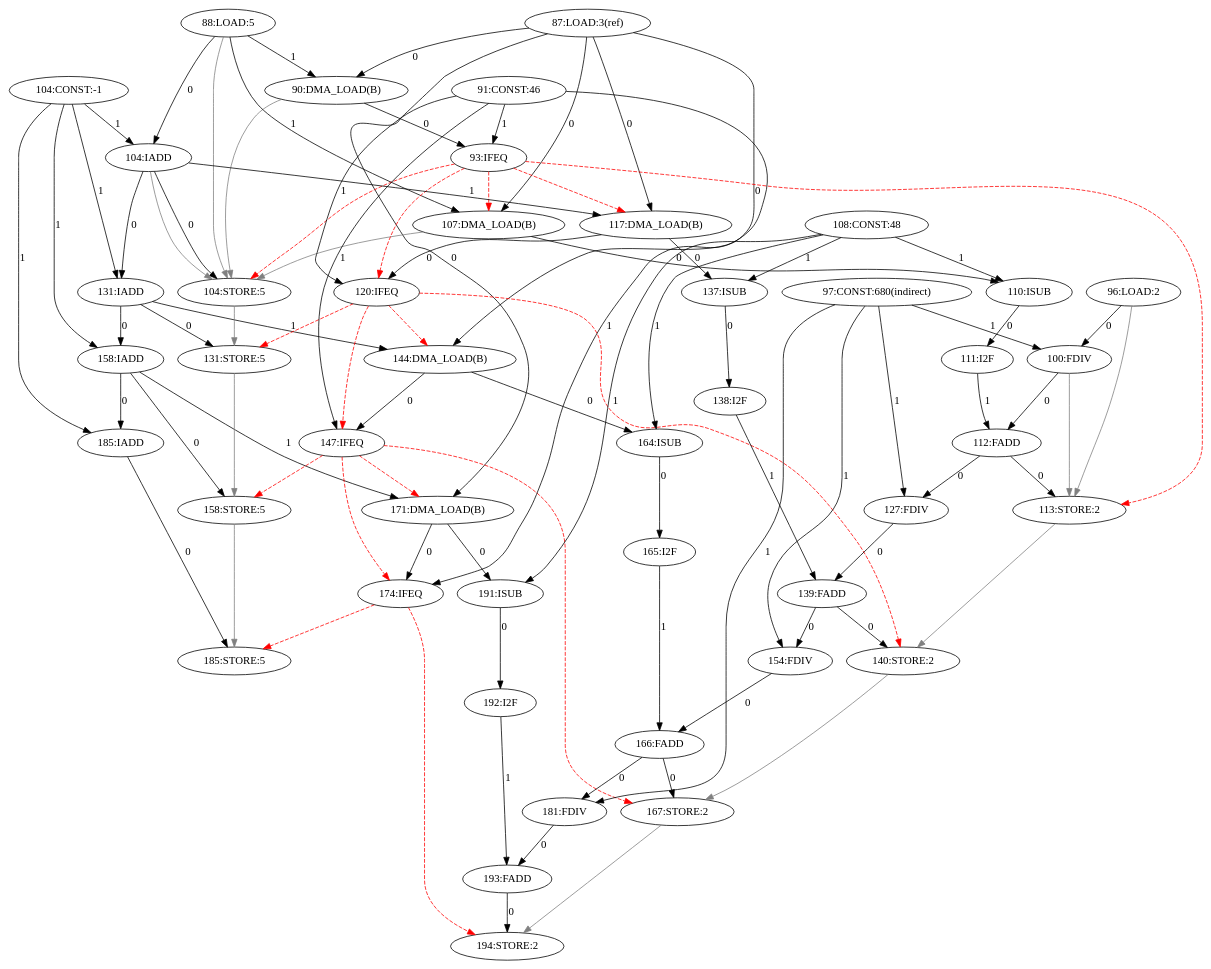
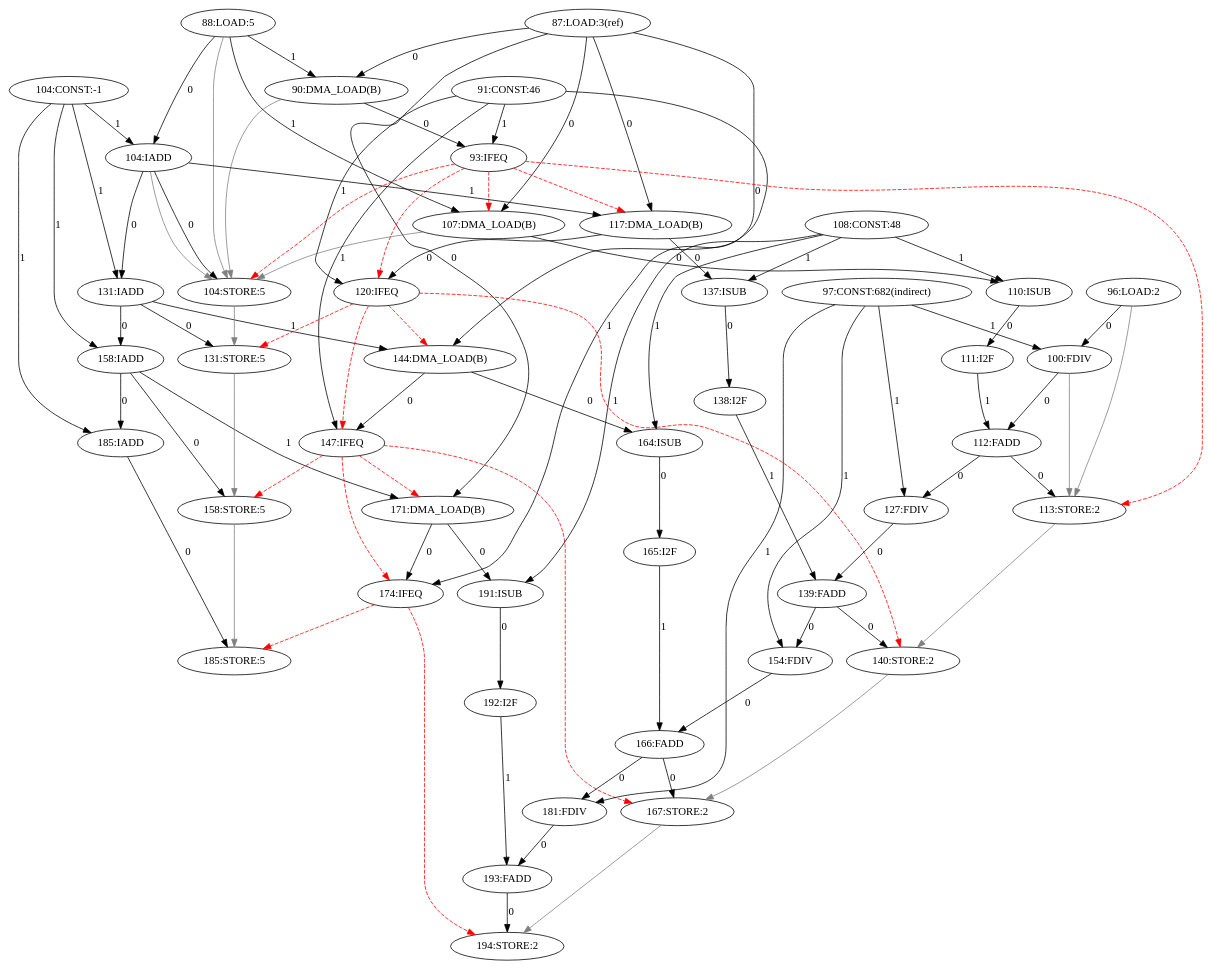
Before and after one commit to Ana-Borg/CGRA-Versuch: the diagram in amidar-sim2/Amidar/log/java.lang.Float.parseFloat(Ljava.lang.String;)F-87-198-CDFG.dot, drawn with Graphviz. The commit also changed 72 other files, not shown here.

```diff
--- a/amidar-sim2/Amidar/log/java.lang.Float.parseFloat(Ljava.lang.String;)F-87-198-CDFG.dot
+++ b/amidar-sim2/Amidar/log/java.lang.Float.parseFloat(Ljava.lang.String;)F-87-198-CDFG.dot
@@ -1,91 +1,91 @@
 digraph depgraph {
 "87:LOAD:3(ref)" -> "90:DMA_LOAD(B)"[label=0];
 "88:LOAD:5" -> "90:DMA_LOAD(B)"[label=1];
 "87:LOAD:3(ref)" -> "107:DMA_LOAD(B)"[label=0];
 "88:LOAD:5" -> "107:DMA_LOAD(B)"[label=1];
 "93:IFEQ" -> "107:DMA_LOAD(B)"[color=red,style=dashed];
 "87:LOAD:3(ref)" -> "117:DMA_LOAD(B)"[label=0];
 "104:IADD" -> "117:DMA_LOAD(B)"[label=1];
 "93:IFEQ" -> "117:DMA_LOAD(B)"[color=red,style=dashed];
 "87:LOAD:3(ref)" -> "144:DMA_LOAD(B)"[label=0];
 "131:IADD" -> "144:DMA_LOAD(B)"[label=1];
 "120:IFEQ" -> "144:DMA_LOAD(B)"[color=red,style=dashed];
 "87:LOAD:3(ref)" -> "171:DMA_LOAD(B)"[label=0];
 "158:IADD" -> "171:DMA_LOAD(B)"[label=1];
 "147:IFEQ" -> "171:DMA_LOAD(B)"[color=red,style=dashed];
 "104:IADD" -> "104:STORE:5"[label=0];
 "88:LOAD:5" -> "104:STORE:5"[color=gray];
 "90:DMA_LOAD(B)" -> "104:STORE:5"[color=gray];
 "93:IFEQ" -> "104:STORE:5"[color=red,style=dashed];
 "104:IADD" -> "104:STORE:5"[color=gray];
 "107:DMA_LOAD(B)" -> "104:STORE:5"[color=gray];
 "88:LOAD:5" -> "104:IADD"[label=0];
 "104:CONST:-1" -> "104:IADD"[label=1];
 "90:DMA_LOAD(B)" -> "93:IFEQ"[label=0];
 "91:CONST:46" -> "93:IFEQ"[label=1];
 "117:DMA_LOAD(B)" -> "120:IFEQ"[label=0];
 "91:CONST:46" -> "120:IFEQ"[label=1];
 "93:IFEQ" -> "120:IFEQ"[color=red,style=dashed];
 "144:DMA_LOAD(B)" -> "147:IFEQ"[label=0];
 "91:CONST:46" -> "147:IFEQ"[label=1];
 "120:IFEQ" -> "147:IFEQ"[color=red,style=dashed];
 "171:DMA_LOAD(B)" -> "174:IFEQ"[label=0];
 "91:CONST:46" -> "174:IFEQ"[label=1];
 "147:IFEQ" -> "174:IFEQ"[color=red,style=dashed];
 "112:FADD" -> "113:STORE:2"[label=0];
 "93:IFEQ" -> "113:STORE:2"[color=red,style=dashed];
 "96:LOAD:2" -> "113:STORE:2"[color=gray];
 "100:FDIV" -> "113:STORE:2"[color=gray];
 "96:LOAD:2" -> "100:FDIV"[label=0];
-"97:CONST:680(indirect)" -> "100:FDIV"[label=1];
+"97:CONST:682(indirect)" -> "100:FDIV"[label=1];
 "112:FADD" -> "127:FDIV"[label=0];
-"97:CONST:680(indirect)" -> "127:FDIV"[label=1];
+"97:CONST:682(indirect)" -> "127:FDIV"[label=1];
 "139:FADD" -> "154:FDIV"[label=0];
-"97:CONST:680(indirect)" -> "154:FDIV"[label=1];
+"97:CONST:682(indirect)" -> "154:FDIV"[label=1];
 "166:FADD" -> "181:FDIV"[label=0];
-"97:CONST:680(indirect)" -> "181:FDIV"[label=1];
+"97:CONST:682(indirect)" -> "181:FDIV"[label=1];
 "100:FDIV" -> "112:FADD"[label=0];
 "111:I2F" -> "112:FADD"[label=1];
 "104:IADD" -> "131:IADD"[label=0];
 "104:CONST:-1" -> "131:IADD"[label=1];
 "131:IADD" -> "158:IADD"[label=0];
 "104:CONST:-1" -> "158:IADD"[label=1];
 "158:IADD" -> "185:IADD"[label=0];
 "104:CONST:-1" -> "185:IADD"[label=1];
 "131:IADD" -> "131:STORE:5"[label=0];
 "104:STORE:5" -> "131:STORE:5"[color=gray];
 "120:IFEQ" -> "131:STORE:5"[color=red,style=dashed];
 "107:DMA_LOAD(B)" -> "110:ISUB"[label=0];
 "108:CONST:48" -> "110:ISUB"[label=1];
 "117:DMA_LOAD(B)" -> "137:ISUB"[label=0];
 "108:CONST:48" -> "137:ISUB"[label=1];
 "144:DMA_LOAD(B)" -> "164:ISUB"[label=0];
 "108:CONST:48" -> "164:ISUB"[label=1];
 "171:DMA_LOAD(B)" -> "191:ISUB"[label=0];
 "108:CONST:48" -> "191:ISUB"[label=1];
 "110:ISUB" -> "111:I2F"[label=0];
 "139:FADD" -> "140:STORE:2"[label=0];
 "113:STORE:2" -> "140:STORE:2"[color=gray];
 "120:IFEQ" -> "140:STORE:2"[color=red,style=dashed];
 "127:FDIV" -> "139:FADD"[label=0];
 "138:I2F" -> "139:FADD"[label=1];
 "158:IADD" -> "158:STORE:5"[label=0];
 "131:STORE:5" -> "158:STORE:5"[color=gray];
 "147:IFEQ" -> "158:STORE:5"[color=red,style=dashed];
 "137:ISUB" -> "138:I2F"[label=0];
 "166:FADD" -> "167:STORE:2"[label=0];
 "140:STORE:2" -> "167:STORE:2"[color=gray];
 "147:IFEQ" -> "167:STORE:2"[color=red,style=dashed];
 "154:FDIV" -> "166:FADD"[label=0];
 "165:I2F" -> "166:FADD"[label=1];
 "185:IADD" -> "185:STORE:5"[label=0];
 "158:STORE:5" -> "185:STORE:5"[color=gray];
 "174:IFEQ" -> "185:STORE:5"[color=red,style=dashed];
 "164:ISUB" -> "165:I2F"[label=0];
 "193:FADD" -> "194:STORE:2"[label=0];
 "167:STORE:2" -> "194:STORE:2"[color=gray];
 "174:IFEQ" -> "194:STORE:2"[color=red,style=dashed];
 "181:FDIV" -> "193:FADD"[label=0];
 "192:I2F" -> "193:FADD"[label=1];
 "191:ISUB" -> "192:I2F"[label=0];
 }
```
